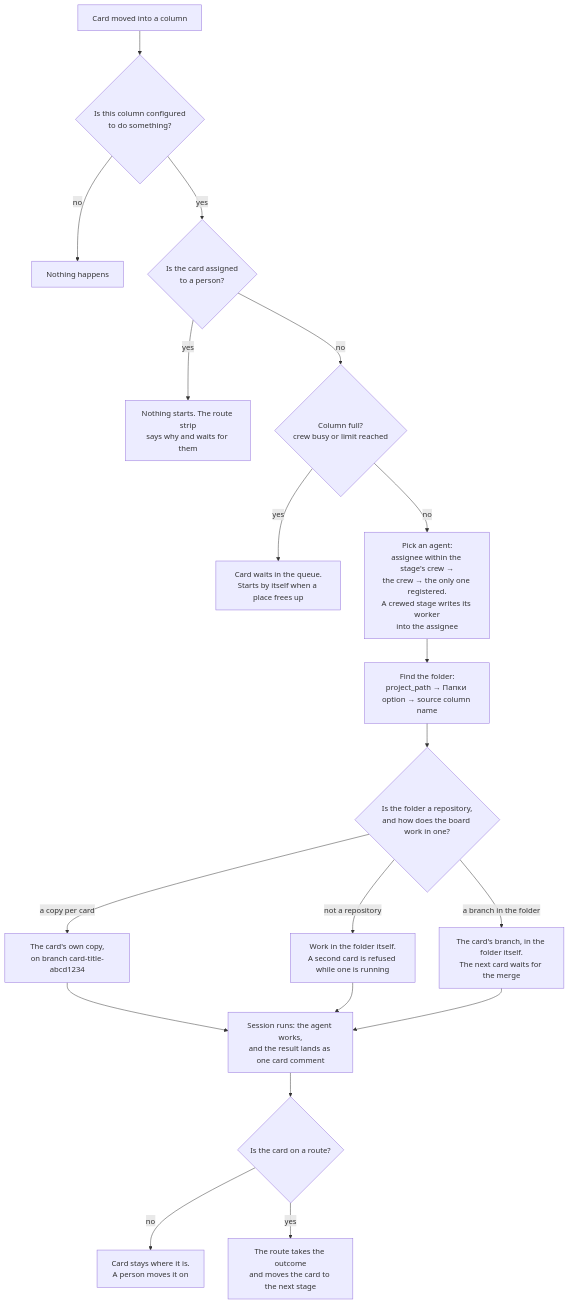
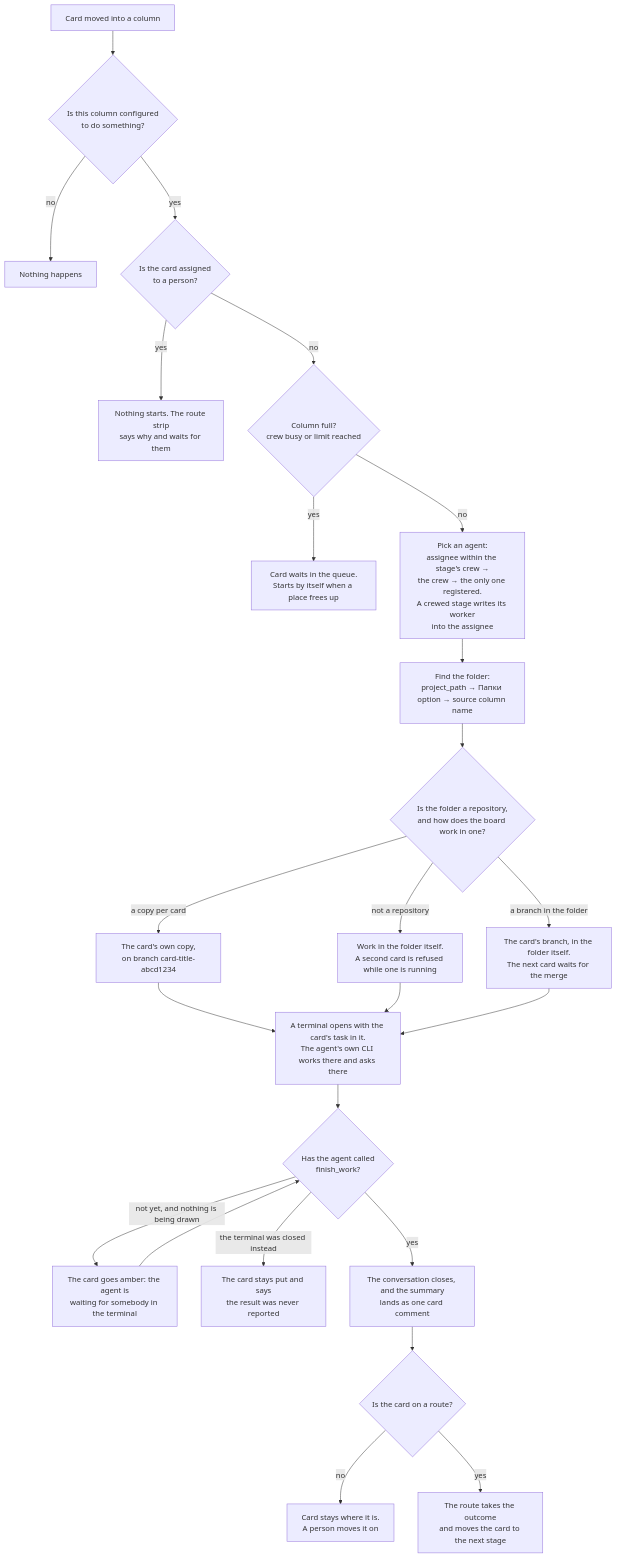
Before and after one commit to artipop/xciii: the first of 5 diagrams in docs/flows.md, drawn with Mermaid. The commit also changed other lines of this file and 28 other files, not shown here.

````diff
--- a/docs/flows.md
+++ b/docs/flows.md
@@ -165,21 +165,26 @@
 ```mermaid
 flowchart TD
     A["Card moved into a column"] --> B{"Is this column configured<br/>to do something?"}
     B -- no --> Z["Nothing happens"]
     B -- yes --> C{"Is the card assigned<br/>to a person?"}
     C -- yes --> Z2["Nothing starts. The route strip<br/>says why and waits for them"]
     C -- no --> D{"Column full?<br/>crew busy or limit reached"}
     D -- yes --> Q["Card waits in the queue.<br/>Starts by itself when a place frees up"]
     D -- no --> E["Pick an agent:<br/>assignee within the stage's crew →<br/>the crew → the only one registered.<br/>A crewed stage writes its worker<br/>into the assignee"]
     E --> F["Find the folder:<br/>project_path → Папки option → source column name"]
     F --> G{"Is the folder a repository,<br/>and how does the board work in one?"}
     G -- "not a repository" --> I["Work in the folder itself.<br/>A second card is refused while one is running"]
     G -- "a copy per card" --> H["The card's own copy,<br/>on branch card-title-abcd1234"]
     G -- "a branch in the folder" --> N["The card's branch, in the folder itself.<br/>The next card waits for the merge"]
-    H --> J["Session runs: the agent works,<br/>and the result lands as one card comment"]
+    H --> J["A terminal opens with the card's task in it.<br/>The agent's own CLI works there and asks there"]
     I --> J
     N --> J
-    J --> K{"Is the card on a route?"}
+    J --> J2{"Has the agent called<br/>finish_work?"}
+    J2 -- "not yet, and nothing is being drawn" --> J3["The card goes amber: the agent is<br/>waiting for somebody in the terminal"]
+    J3 --> J2
+    J2 -- "the terminal was closed instead" --> J4["The card stays put and says<br/>the result was never reported"]
+    J2 -- yes --> J5["The conversation closes, and the summary<br/>lands as one card comment"]
+    J5 --> K{"Is the card on a route?"}
     K -- no --> L["Card stays where it is.<br/>A person moves it on"]
     K -- yes --> M["The route takes the outcome<br/>and moves the card to the next stage"]
 ```
````
